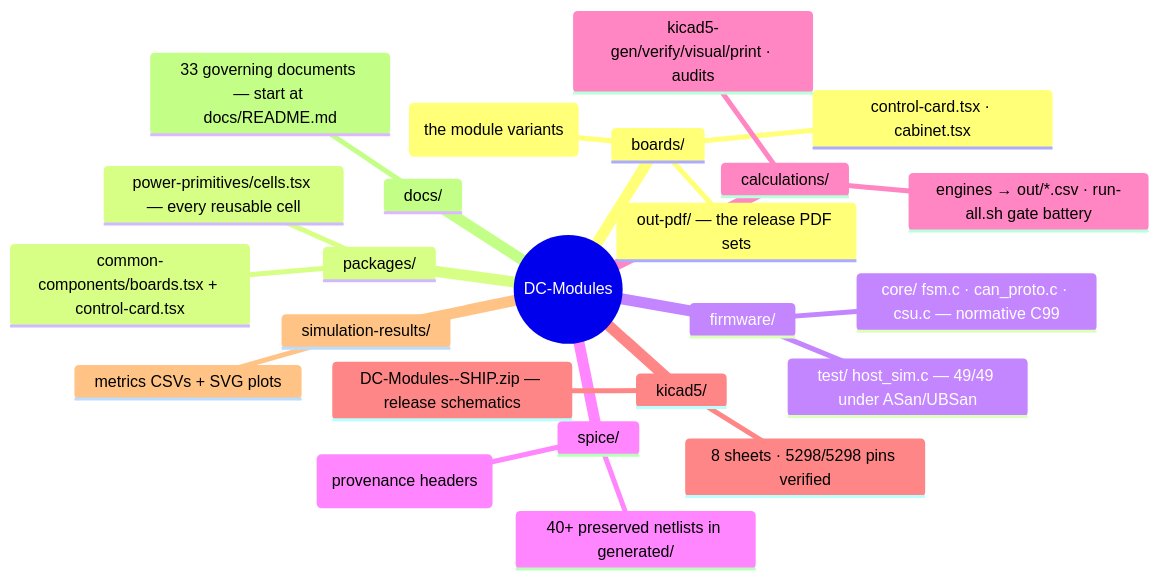
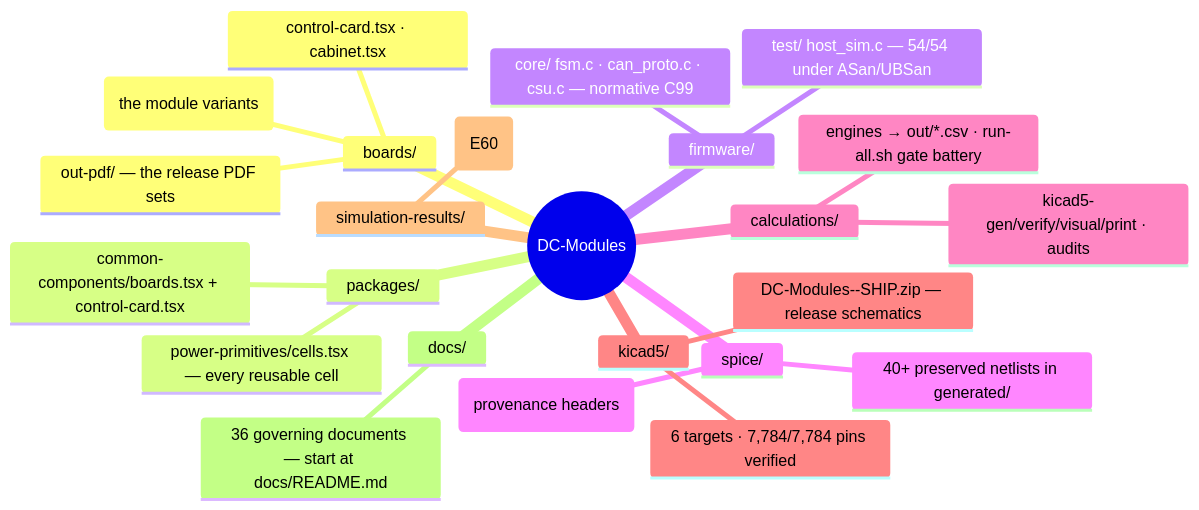
Before and after one commit to vectivolt/DC-Modules: the second of 3 diagrams in README.md, drawn with Mermaid. The commit also changed other lines of this file and 309 other files, not shown here.

````diff
--- a/README.md
+++ b/README.md
@@ -137,27 +142,27 @@
 ```mermaid
 mindmap
   root((DC-Modules))
     boards/
       30kw · 40kw · 50kw · 50kwa — acdc.tsx + dcdc.tsx (the module variants)
       control-card.tsx · cabinet.tsx
       out-pdf/ — the release PDF sets
     packages/
       power-primitives/cells.tsx — every reusable cell
       common-components/boards.tsx + control-card.tsx
     firmware/
       core/ fsm.c · can_proto.c · csu.c — normative C99
-      test/ host_sim.c — 49/49 under ASan/UBSan
+      test/ host_sim.c — 54/54 under ASan/UBSan
     spice/
       models/ behavioral SiC lib (provenance headers)
       40+ preserved netlists in generated/
     calculations/
       engines → out/*.csv · run-all.sh gate battery
       kicad5-gen/verify/visual/print · audits
     kicad5/
       DC-Modules-<target>-SHIP.zip — release schematics
-      8 sheets · 5298/5298 pins verified
+      6 targets · 7,784/7,784 pins verified
     simulation-results/
-      metrics CSVs + SVG plots
+      <sku>/ power-solved LLC stress · CT · precharge · aux (E60)
     docs/
-      33 governing documents — start at docs/README.md
+      36 governing documents — start at docs/README.md
 ```
````
